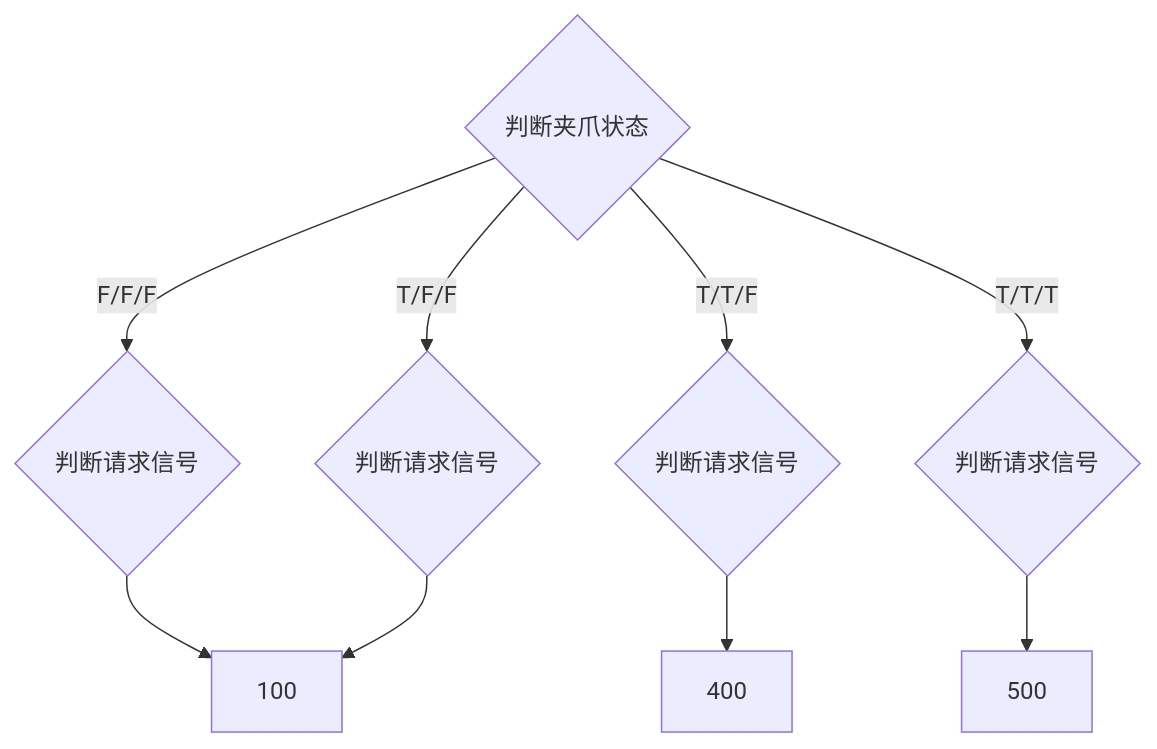
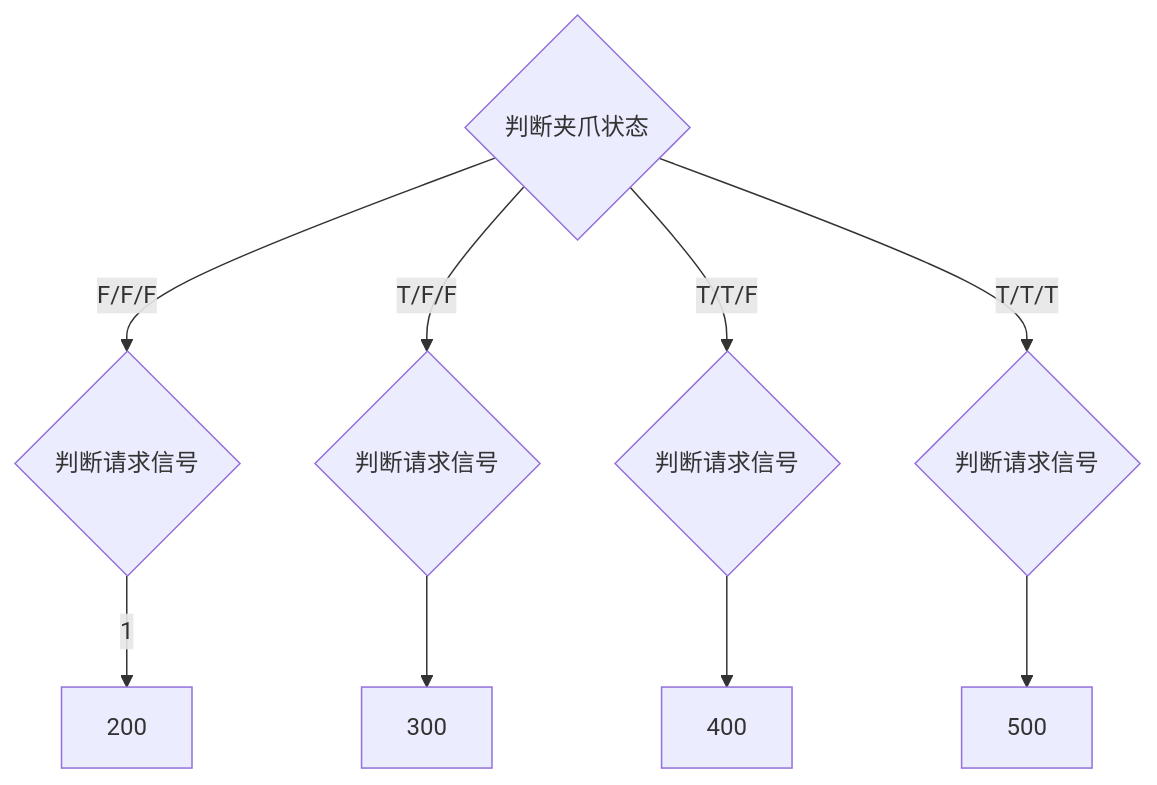
Before and after one commit to zmq000/iodraw-files: the diagram in all/未命名.md, drawn with Mermaid.

Commit message:
2026-06-18 11:50:11 update

````diff
--- a/all/未命名.md
+++ b/all/未命名.md
@@ -1,12 +1,12 @@
 ```mermaid
 graph TD
 10{判断夹爪状态}-->|F/F/F|20
 10-->|T/F/F|30
 10-->|T/T/F|40
 10-->|T/T/T|50
 
-20{判断请求信号}-->100
-30{判断请求信号}-->100
+20{判断请求信号}-->|1|200
+30{判断请求信号}-->300
 40{判断请求信号}-->400
 50{判断请求信号}-->500
 ```
````
